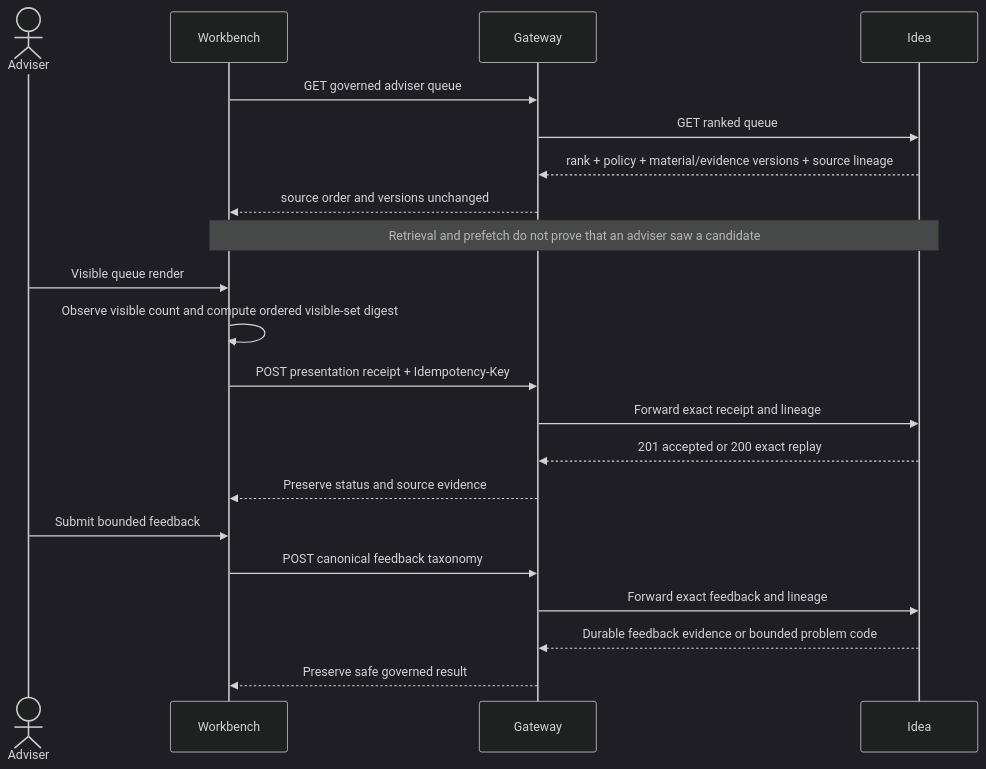
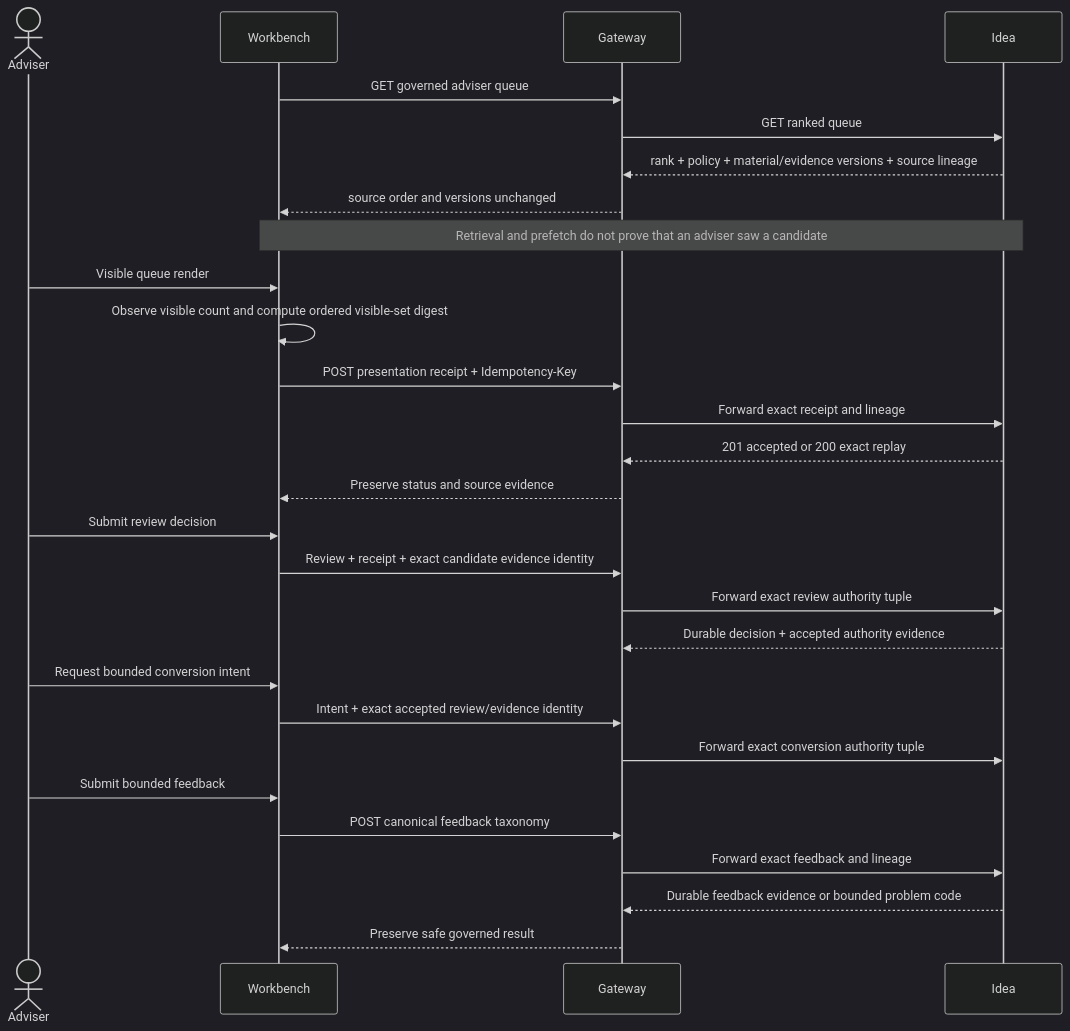
Before and after one commit to sgajbi/lotus-gateway: the diagram in docs/operations/idea-opportunity-action-transport.md, drawn with Mermaid (dark theme). The commit also changed other lines of this file and 13 other files, not shown here.

Commit message:
fix(idea): preserve governed action authority

````diff
--- a/docs/operations/idea-opportunity-action-transport.md
+++ b/docs/operations/idea-opportunity-action-transport.md
@@ -18,24 +18,31 @@
 ```mermaid
 sequenceDiagram
     actor Adviser
     participant Workbench
     participant Gateway
     participant Idea
 
     Workbench->>Gateway: GET governed adviser queue
     Gateway->>Idea: GET ranked queue
     Idea-->>Gateway: rank + policy + material/evidence versions + source lineage
     Gateway-->>Workbench: source order and versions unchanged
     Note over Workbench,Idea: Retrieval and prefetch do not prove that an adviser saw a candidate
     Adviser->>Workbench: Visible queue render
     Workbench->>Workbench: Observe visible count and compute ordered visible-set digest
     Workbench->>Gateway: POST presentation receipt + Idempotency-Key
     Gateway->>Idea: Forward exact receipt and lineage
     Idea-->>Gateway: 201 accepted or 200 exact replay
     Gateway-->>Workbench: Preserve status and source evidence
+    Adviser->>Workbench: Submit review decision
+    Workbench->>Gateway: Review + receipt + exact candidate evidence identity
+    Gateway->>Idea: Forward exact review authority tuple
+    Idea-->>Gateway: Durable decision + accepted authority evidence
+    Adviser->>Workbench: Request bounded conversion intent
+    Workbench->>Gateway: Intent + exact accepted review/evidence identity
+    Gateway->>Idea: Forward exact conversion authority tuple
     Adviser->>Workbench: Submit bounded feedback
     Workbench->>Gateway: POST canonical feedback taxonomy
     Gateway->>Idea: Forward exact feedback and lineage
     Idea-->>Gateway: Durable feedback evidence or bounded problem code
     Gateway-->>Workbench: Preserve safe governed result
 ```
````
